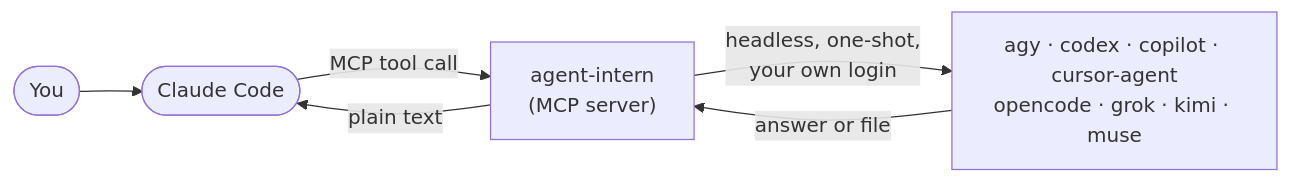
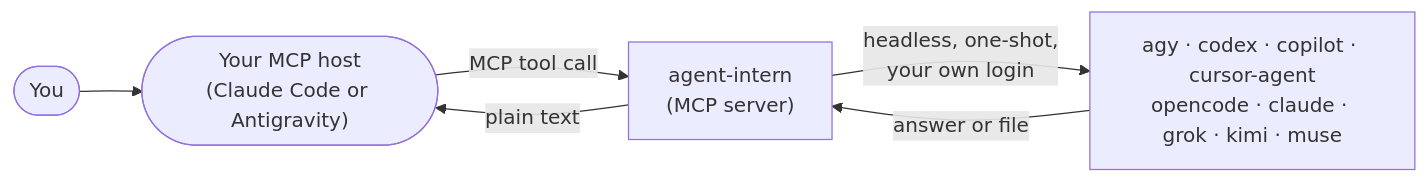
The diagram in data/readmes/SinanTufekci__agent-intern.md (zqf20096327/ai_collect), drawn with Mermaid before and after one commit. The commit also changed other lines of this file and 3267 other files, not shown here.

````diff
--- a/data/readmes/SinanTufekci__agent-intern.md
+++ b/data/readmes/SinanTufekci__agent-intern.md
@@ -176,8 +354,8 @@
 ```mermaid
 flowchart LR
-    U([You]) --> CC([Claude Code])
+    U([You]) --> CC(["Your MCP host<br/>(Claude Code or Antigravity)"])
     CC -- "MCP tool call" --> B["agent-intern<br/>(MCP server)"]
-    B -- "headless, one-shot,<br/>your own login" --> CLI["agy · codex · copilot · cursor-agent<br/>opencode · grok · kimi · muse"]
+    B -- "headless, one-shot,<br/>your own login" --> CLI["agy · codex · copilot · cursor-agent<br/>opencode · claude · grok · kimi · muse"]
     CLI -- "answer or file" --> B
     B -- "plain text" --> CC
 ```
````
